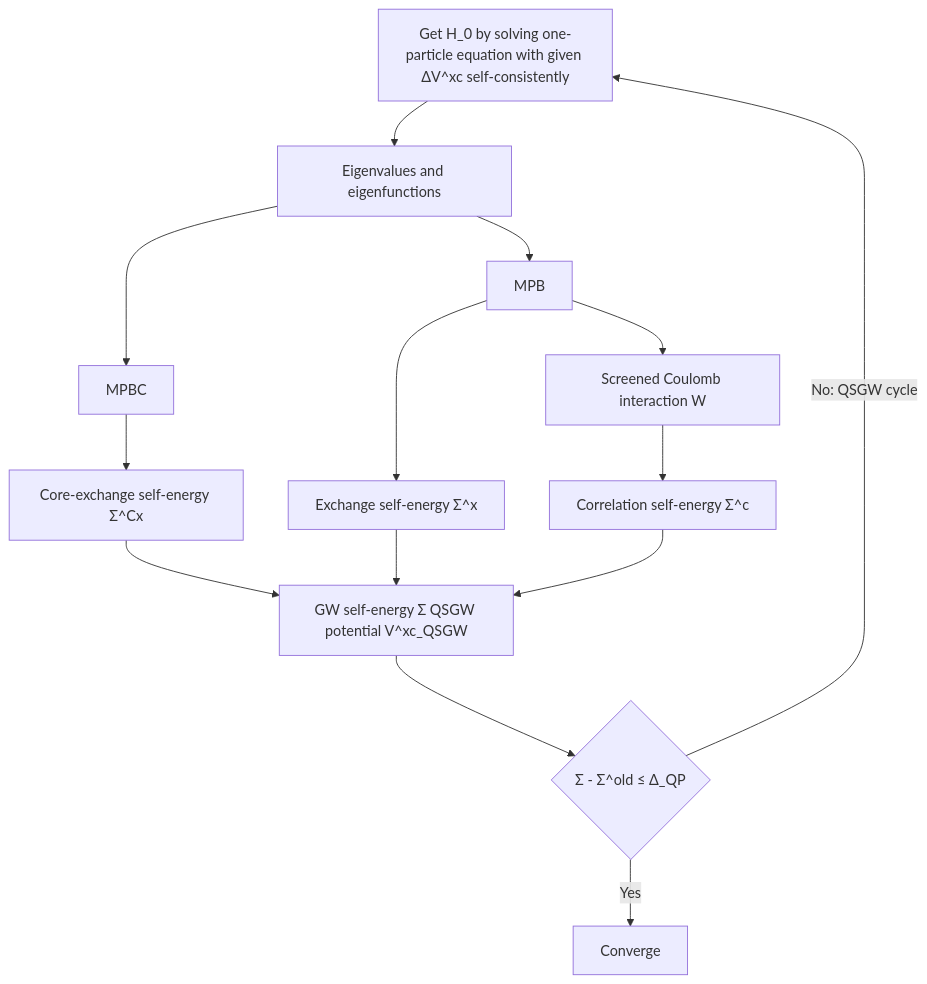
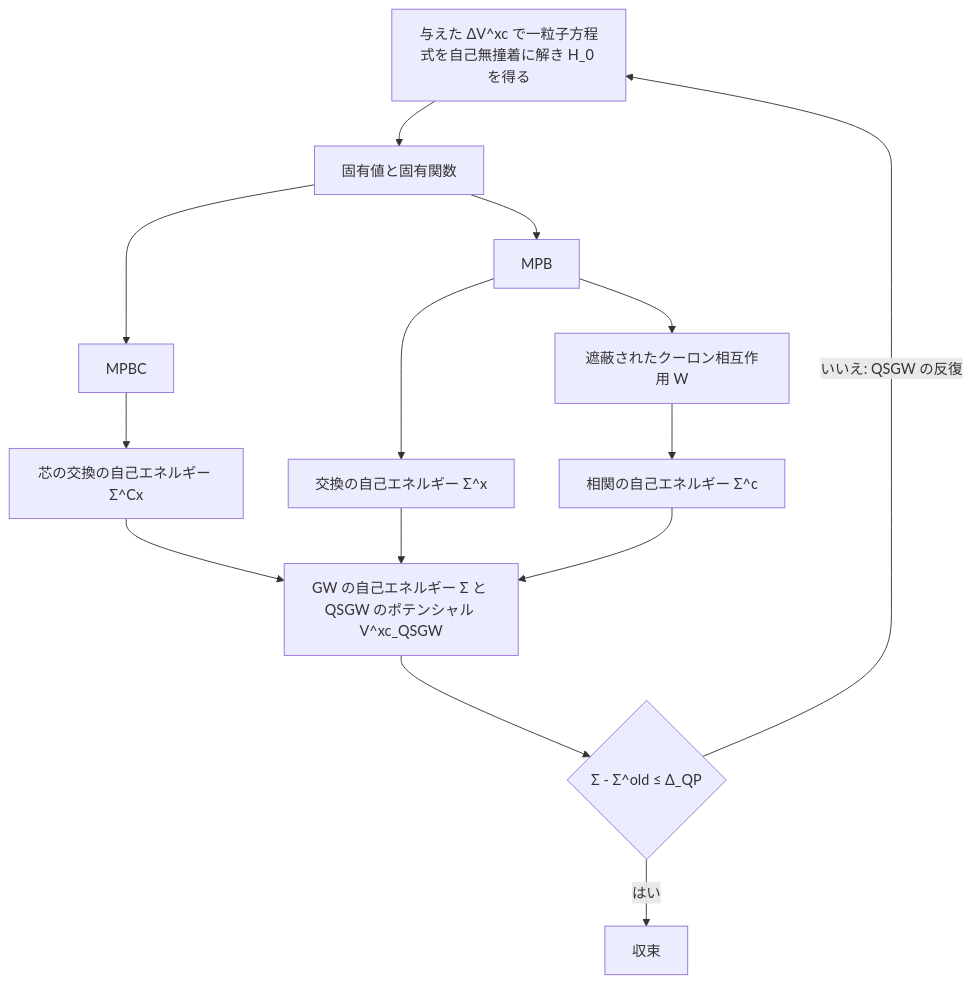
The diagram in ecaljdoc/theory/qsgw.md (tkotani/ecalj), drawn with Mermaid before and after one commit. The commit also changed other lines of this file and 1 other file, not shown here.

First line of the commit message:
ecaljdoc theory/qsgw: translated into Japanese (red-pen marks kept); equation numbers Q1-Q3; flowchart labels in Japanese; menu label

````diff
--- a/ecaljdoc/theory/qsgw.md
+++ b/ecaljdoc/theory/qsgw.md
@@ -61,16 +64,16 @@
 ```mermaid
 graph TD
-    A1[Get H_0 by solving one-particle equation with given ΔV^xc self-consistently] --> A2[Eigenvalues and eigenfunctions]
+    A1[与えた ΔV^xc で一粒子方程式を自己無撞着に解き H_0 を得る] --> A2[固有値と固有関数]
     A2 --> B1[MPBC]
     A2 --> B2[MPB]
-    B1 --> C1[Core-exchange self-energy Σ^Cx]
-    B2 --> C2[Exchange self-energy Σ^x]
-    B2 --> D1[Screened Coulomb interaction W]
-    D1 --> C3[Correlation self-energy Σ^c]
-    C1 --> E1[GW self-energy Σ QSGW potential V^xc_QSGW]
+    B1 --> C1[芯の交換の自己エネルギー Σ^Cx]
+    B2 --> C2[交換の自己エネルギー Σ^x]
+    B2 --> D1[遮蔽されたクーロン相互作用 W]
+    D1 --> C3[相関の自己エネルギー Σ^c]
+    C1 --> E1[GW の自己エネルギー Σ と QSGW のポテンシャル V^xc_QSGW]
     C2 --> E1
     C3 --> E1
     E1 --> F1{Σ - Σ^old ≤ Δ_QP}
-    F1 -->|No: QSGW cycle| A1
-    F1 -->|Yes| G1[Converge]
+    F1 -->|いいえ: QSGW の反復| A1
+    F1 -->|はい| G1[収束]
 ```
````
